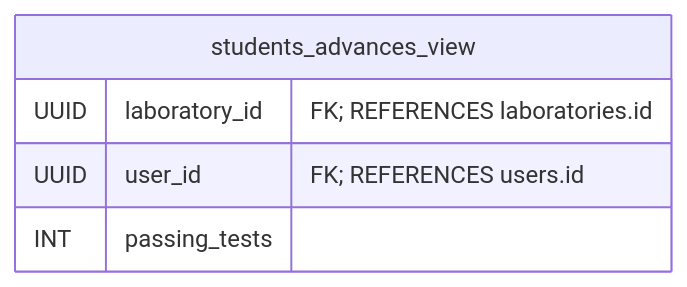
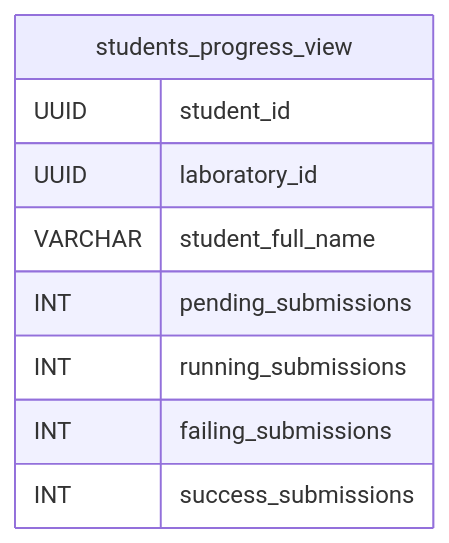
One commit to upb-code-labs/docs changed the first of 2 diagrams in database/views.md. Above: the diagram before and after it, drawn with Mermaid. The commit also changed other lines of this file and 2 other files, not shown here.

First line of the commit message:
docs: Update diagrams (#10)

````diff
--- a/database/views.md
+++ b/database/views.md
@@ -7,8 +7,12 @@
 ```mermaid
 erDiagram
-    students_advances_view {
-        UUID            laboratory_id       "FK; REFERENCES laboratories.id"
-        UUID            user_id             "FK; REFERENCES users.id"
-        INT             passing_tests       ""
+    students_progress_view {
+        UUID            student_id
+        UUID            laboratory_id
+        VARCHAR         student_full_name
+        INT             pending_submissions
+        INT             running_submissions
+        INT             failing_submissions
+        INT             success_submissions
     }
 ```
````
